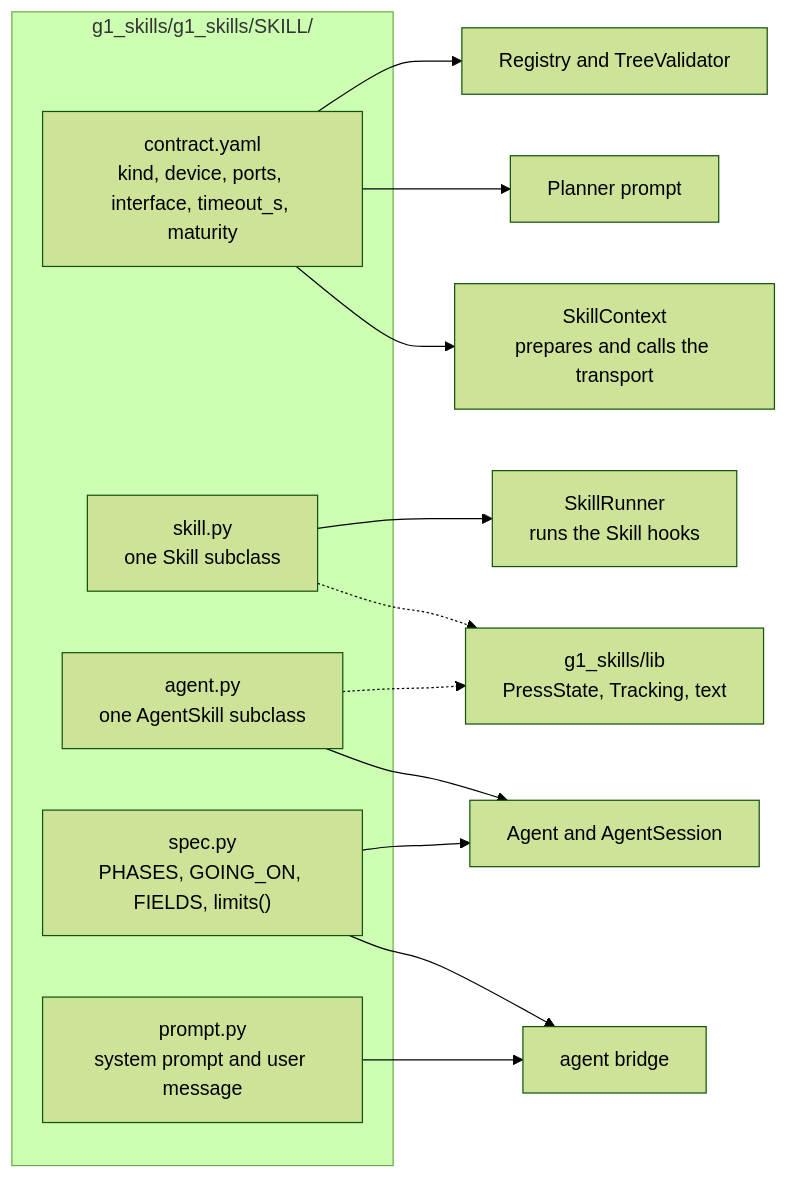
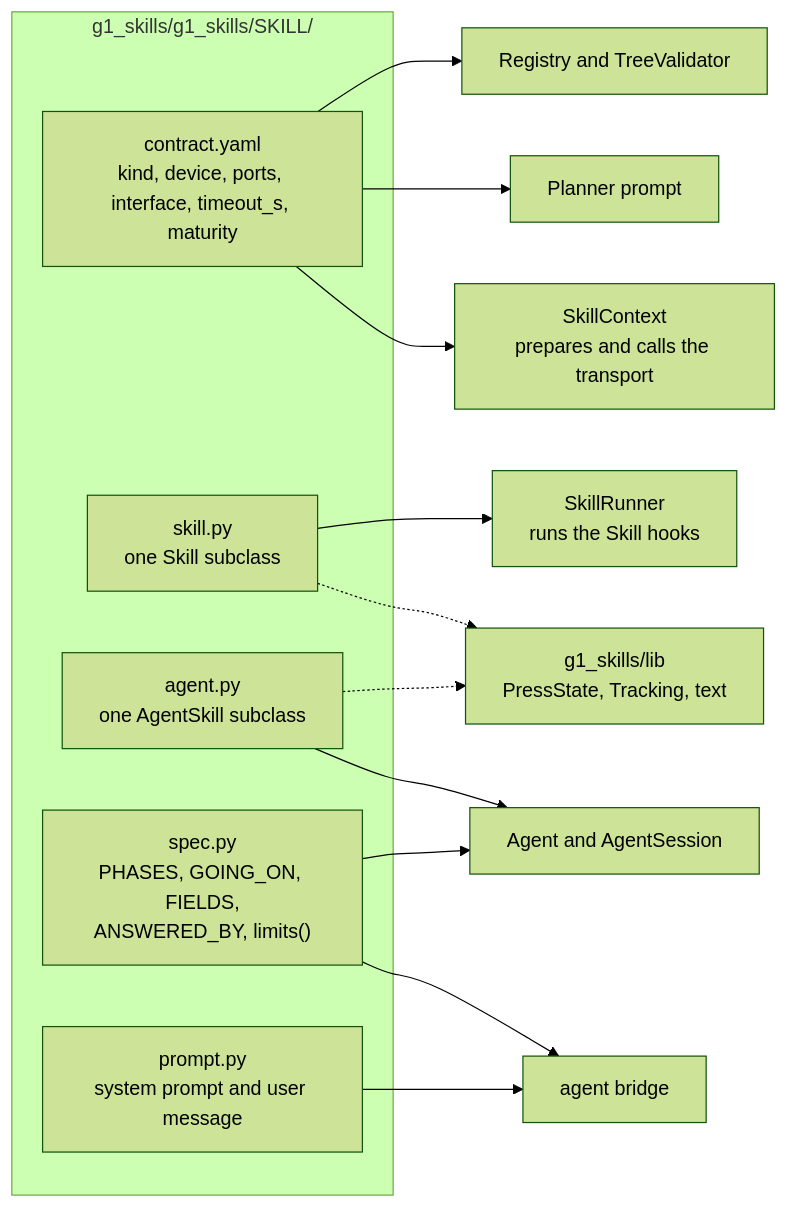
One commit to EigenVectorRobotics/orchestrator changed the fourth of 4 diagrams in docs/design/system.md. Above: the diagram before and after it, drawn with Mermaid (forest theme). The commit also changed other lines of this file and 73 other files, not shown here.

````diff
--- a/docs/design/system.md
+++ b/docs/design/system.md
@@ -116,27 +116,27 @@
 ```mermaid
 flowchart LR
   subgraph F["g1_skills/g1_skills/SKILL/"]
     C["contract.yaml<br/>kind, device, ports, interface, timeout_s, maturity"]
     S["skill.py<br/>one Skill subclass"]
     A["agent.py<br/>one AgentSkill subclass"]
-    SP["spec.py<br/>PHASES, GOING_ON, FIELDS, limits()"]
+    SP["spec.py<br/>PHASES, GOING_ON, FIELDS,<br/>ANSWERED_BY, limits()"]
     P["prompt.py<br/>system prompt and user message"]
   end
   LIB["g1_skills/lib<br/>PressState, Tracking, text"]
   REGI["Registry and TreeValidator"]
   PLNR["Planner prompt"]
   CTX["SkillContext<br/>prepares and calls the transport"]
   RUN["SkillRunner<br/>runs the Skill hooks"]
   AGT["Agent and AgentSession"]
   BRG["agent bridge"]
   C --> REGI
   C --> PLNR
   C --> CTX
   S --> RUN
   A --> AGT
   SP --> AGT
   SP --> BRG
   P --> BRG
   S -.-> LIB
   A -.-> LIB
 ```
````
